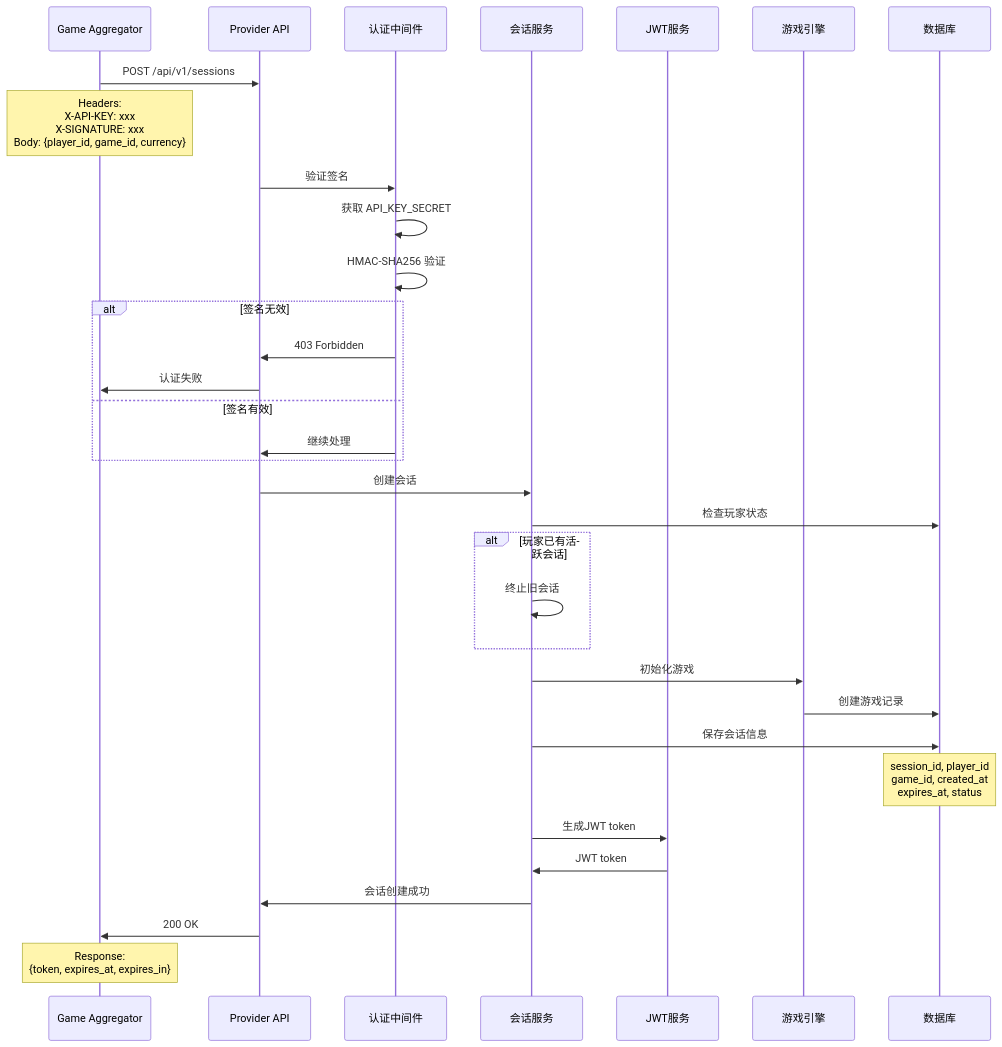
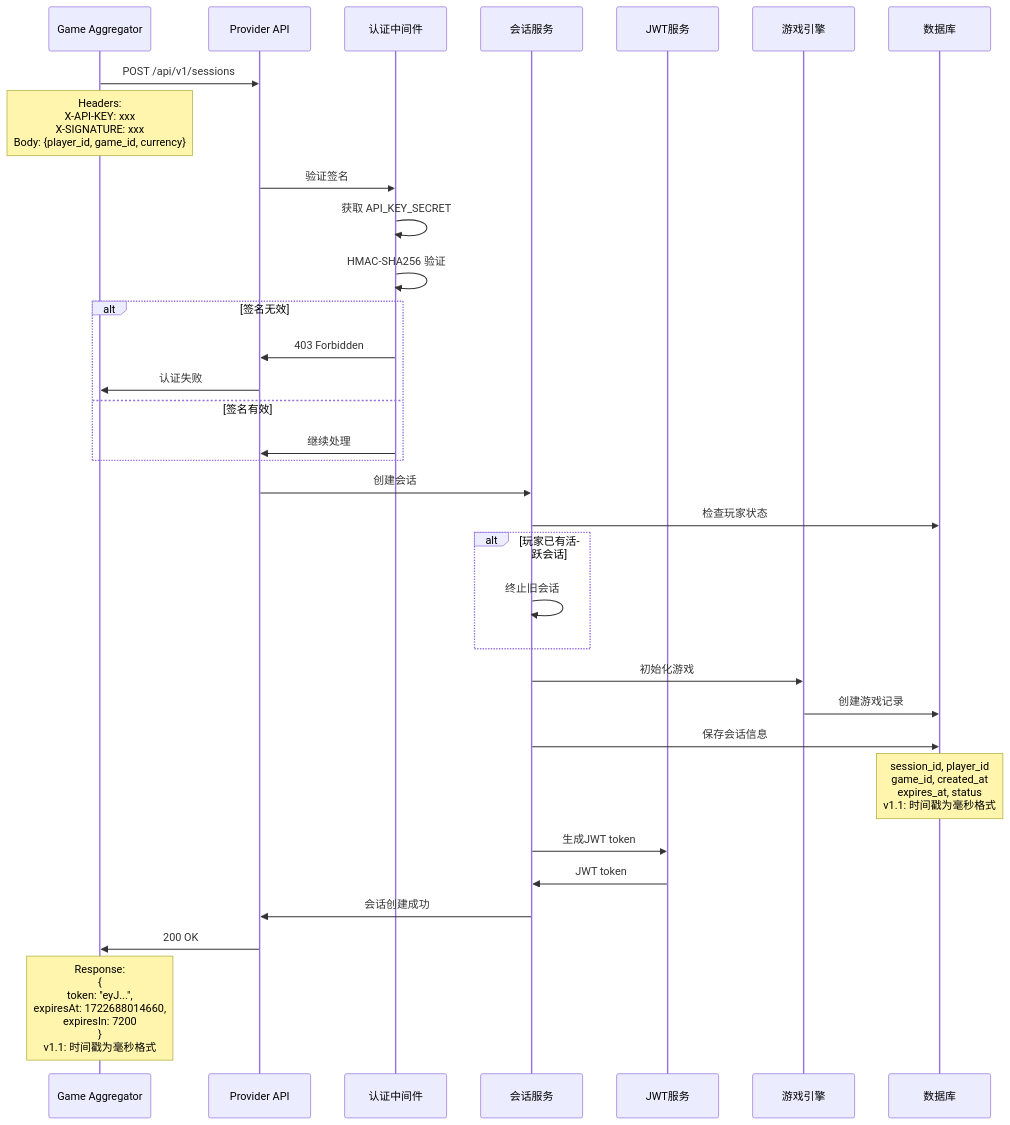
One commit to infigaming-com/invoker-gh-pages changed diagram 25 of 29 in sequence-diagrams-zh.md. Above: the diagram before and after it, drawn with Mermaid. The commit also changed other lines of this file and 4 other files, not shown here.

````diff
--- a/sequence-diagrams-zh.md
+++ b/sequence-diagrams-zh.md
@@ -1103,43 +1143,43 @@
 ```mermaid
 sequenceDiagram
     participant GA as Game Aggregator
     participant ProviderAPI as Provider API
     participant AuthMiddleware as 认证中间件
     participant SessionService as 会话服务
     participant JWTService as JWT服务
     participant GameEngine as 游戏引擎
     participant Database as 数据库
 
     GA->>ProviderAPI: POST /api/v1/sessions
     Note over GA: Headers:<br/>X-API-KEY: xxx<br/>X-SIGNATURE: xxx<br/>Body: {player_id, game_id, currency}
 
     ProviderAPI->>AuthMiddleware: 验证签名
     AuthMiddleware->>AuthMiddleware: 获取 API_KEY_SECRET
     AuthMiddleware->>AuthMiddleware: HMAC-SHA256 验证
     
     alt 签名无效
         AuthMiddleware->>ProviderAPI: 403 Forbidden
         ProviderAPI->>GA: 认证失败
     else 签名有效
         AuthMiddleware->>ProviderAPI: 继续处理
     end
 
     ProviderAPI->>SessionService: 创建会话
     SessionService->>Database: 检查玩家状态
     
     alt 玩家已有活跃会话
         SessionService->>SessionService: 终止旧会话
     end
     
     SessionService->>GameEngine: 初始化游戏
     GameEngine->>Database: 创建游戏记录
     
     SessionService->>Database: 保存会话信息
-    Note over Database: session_id, player_id<br/>game_id, created_at<br/>expires_at, status
+    Note over Database: session_id, player_id<br/>game_id, created_at<br/>expires_at, status<br/>v1.1: 时间戳为毫秒格式
 
     SessionService->>JWTService: 生成JWT token
     JWTService->>SessionService: JWT token
     SessionService->>ProviderAPI: 会话创建成功
     ProviderAPI->>GA: 200 OK
-    Note over GA: Response:<br/>{token, expires_at, expires_in}
+    Note over GA: Response:<br/>{<br/>  token: "eyJ...",<br/>  expiresAt: 1722688014660,<br/>  expiresIn: 7200<br/>}<br/>v1.1: 时间戳为毫秒格式
 ```
````
